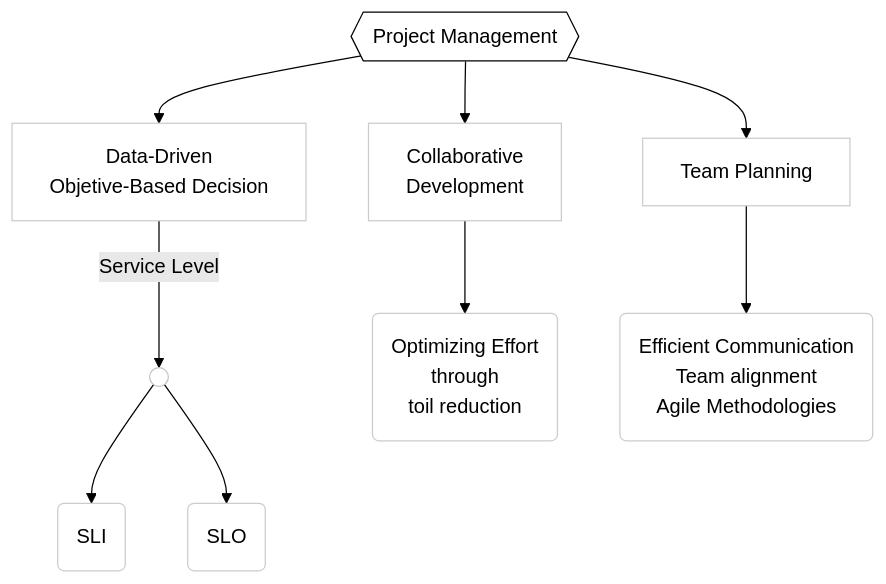
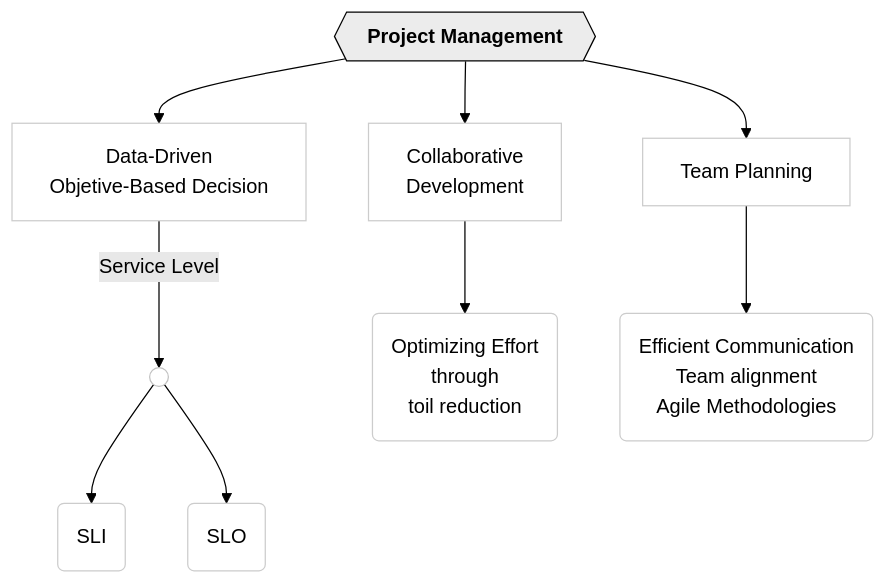
Before and after one commit to kjfigueroa/profile: the second of 7 diagrams in README.md, drawn with Mermaid (forest theme). The commit also changed other lines of this file, not shown here.

````diff
--- a/README.md
+++ b/README.md
@@ -52,16 +67,16 @@
 ```mermaid
 flowchart TB
-PM{{Project Management}};style PM fill:#fff,stroke:#000;
+PM{{&nbsp;&nbsp;<b>Project Management</b>&nbsp;&nbsp;}};style PM fill:#ececec,stroke:#000;
 DD[Data-Driven<br>Objetive-Based Decision]; style DD fill:#fff,stroke:#ccc;
 CD[Collaborative<br>Development]; style CD fill:#fff,stroke:#ccc;
 TP[Team Planning]; style TP fill:#fff,stroke:#ccc;
 DDSL(( )); style DDSL fill:#fff,stroke:#c1c1c1; 
 SLI(SLI); style SLI fill:#fff,stroke:#ccc;
 SLO(SLO); style SLO fill:#fff,stroke:#ccc;
 CDD(Optimizing Effort<br>through<br>toil reduction); style CDD fill:#fff,stroke:#ccc;
 TPD(Efficient Communication<br>Team alignment<br>Agile Methodologies);style TPD fill:#fff,stroke:#ccc;
 PM --> DD; PM --> CD; PM --> TP
 DD -->|Service Level| DDSL
 DDSL --> SLI; DDSL --> SLO
 CD --> CDD; TP --> TPD
 ```
````
